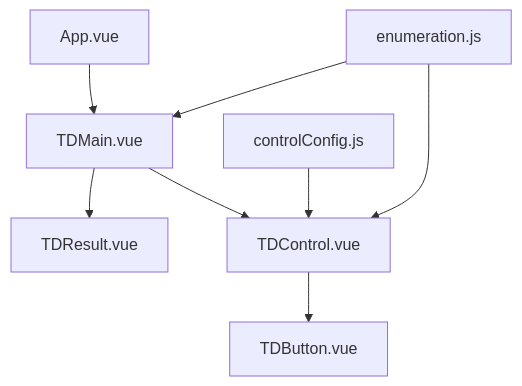
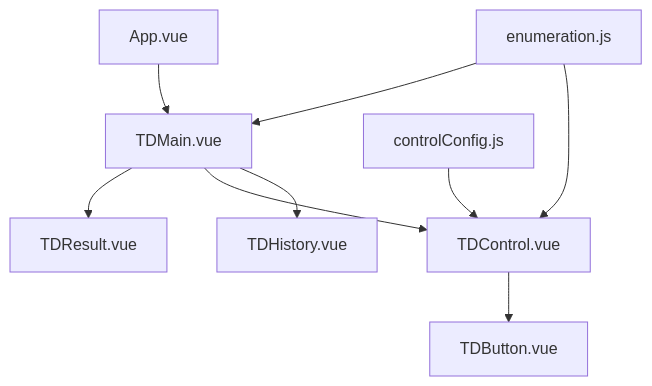
Before and after one commit to tonguyenducmanh/caculator-vuejs: the first of 2 diagrams in memory-bank/systemPatterns.md, drawn with Mermaid. The commit also changed other lines of this file and 3 other files, not shown here.

````diff
--- a/memory-bank/systemPatterns.md
+++ b/memory-bank/systemPatterns.md
@@ -4,10 +4,11 @@
 ```mermaid
 graph TD
     A[App.vue] --> B[TDMain.vue]
     B --> C[TDResult.vue]
     B --> D[TDControl.vue]
+    B --> H[TDHistory.vue]
     D --> E[TDButton.vue]
     F[controlConfig.js] --> D
     G[enumeration.js] --> B
     G --> D
 ```
````
